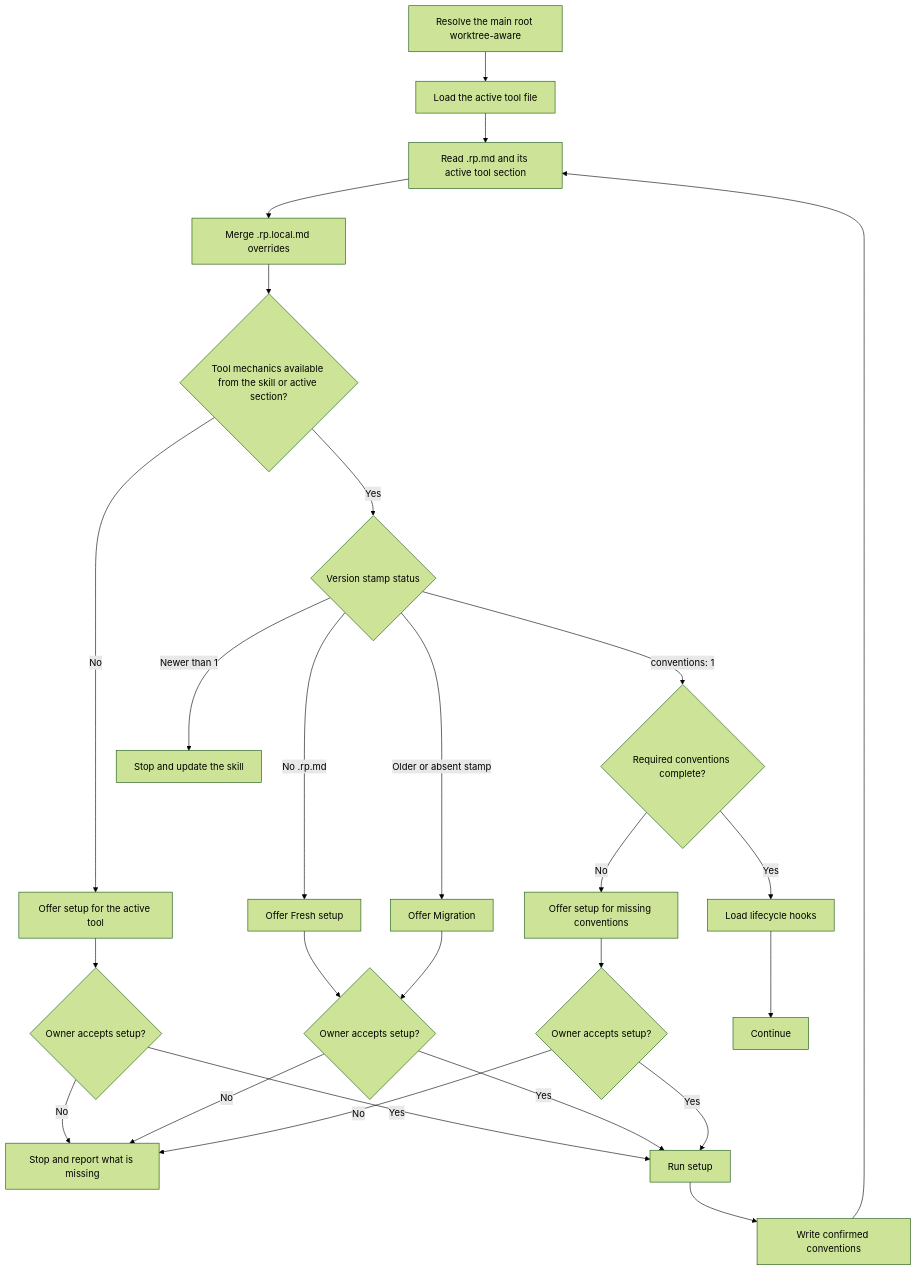
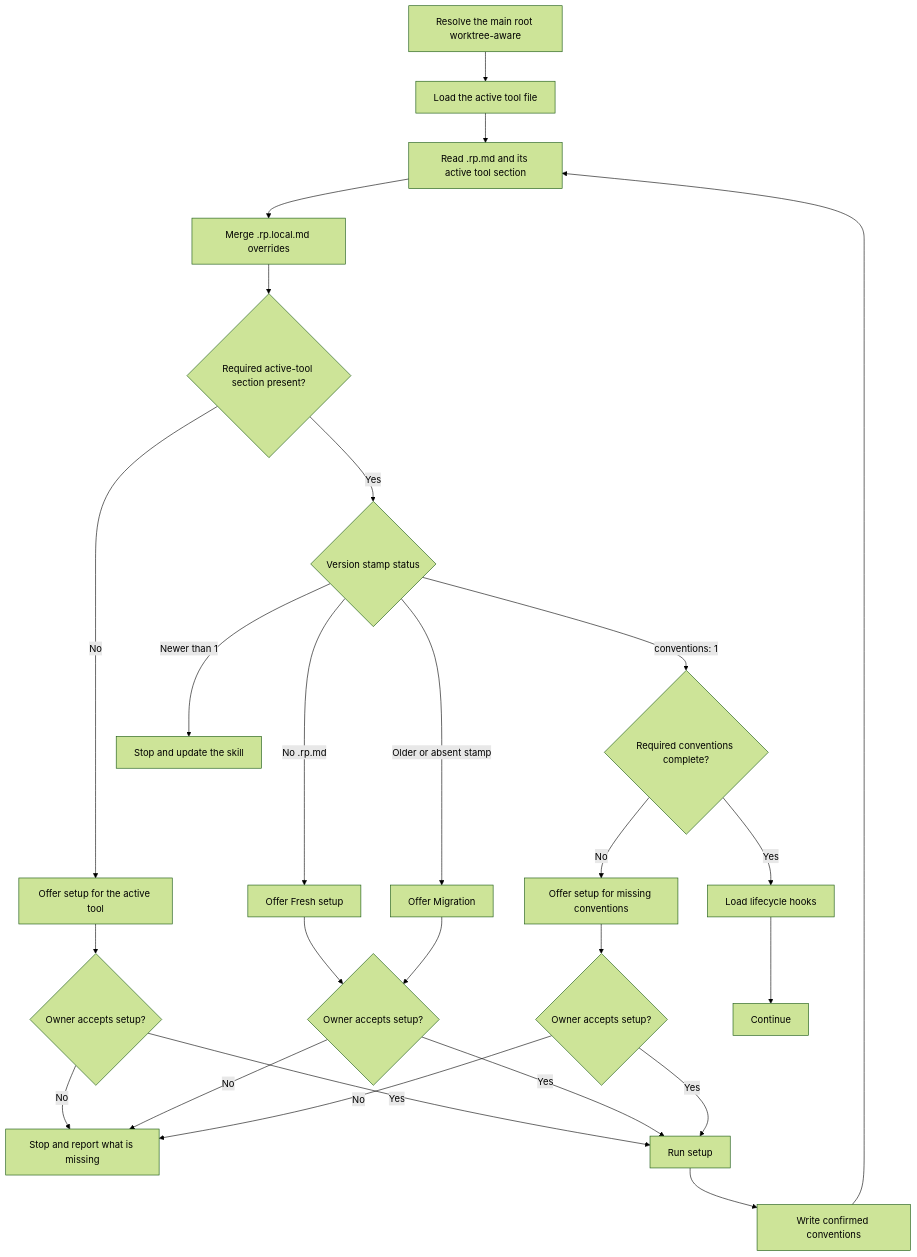
The diagram in docs/flowcharts/load-conventions.md (Automattic/radical-pipelines), drawn with Mermaid (forest theme) before and after one commit. The commit also changed 1 other file, not shown here.

Commit message:
Clarify setup and claim flowcharts

````diff
--- a/docs/flowcharts/load-conventions.md
+++ b/docs/flowcharts/load-conventions.md
@@ -5,28 +5,28 @@
 ```mermaid
 flowchart TD
     A["Resolve the main root worktree-aware"] --> B["Load the active tool file"]
     B --> C["Read .rp.md and its active tool section"]
     C --> G["Merge .rp.local.md overrides"]
-    G --> D{"Tool mechanics available from the skill or active section?"}
+    G --> D{"Required active-tool section present?"}
     D -->|No| E["Offer setup for the active tool"]
     E --> F{"Owner accepts setup?"}
     F -->|No| STOP["Stop and report what is missing"]
     F -->|Yes| SETUP["Run setup"]
     SETUP --> WRITE["Write confirmed conventions"]
     WRITE --> C
     D -->|Yes| H{"Version stamp status"}
     H -->|No .rp.md| I["Offer Fresh setup"]
     H -->|Older or absent stamp| J["Offer Migration"]
     H -->|conventions: 1| K{"Required conventions complete?"}
     H -->|Newer than 1| L["Stop and update the skill"]
     I --> M{"Owner accepts setup?"}
     J --> M
     M -->|No| STOP
     M -->|Yes| SETUP
     K -->|No| N["Offer setup for missing conventions"]
     N --> O{"Owner accepts setup?"}
     O -->|No| STOP
     O -->|Yes| SETUP
     K -->|Yes| P["Load lifecycle hooks"]
     P --> Q["Continue"]
 ```
````
